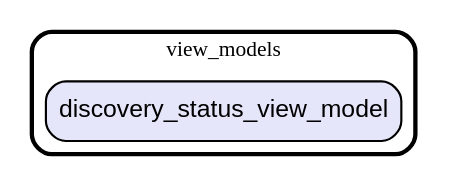
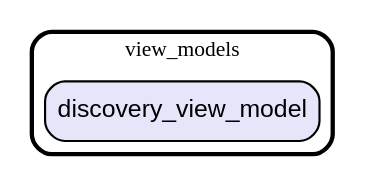
Before and after one commit to gev/reacthome-mobile: the diagram in graph/lib/ui/fragments/discovery/view_models.dot, drawn with Graphviz. The commit also changed 222 other files, not shown here.

```diff
--- a/graph/lib/ui/fragments/discovery/view_models.dot
+++ b/graph/lib/ui/fragments/discovery/view_models.dot
@@ -1,10 +1,10 @@
 digraph "" {
   graph [style=rounded fontname="Arial Black" fontsize=13 penwidth=2.6];
   node [shape=rect style="filled,rounded" fontname=Arial fontsize=15 fillcolor=Lavender penwidth=1.3];
   edge [penwidth=1.3];
-  "/discovery_status_view_model.dart" [label="discovery_status_view_model"];
+  "/discovery_view_model.dart" [label="discovery_view_model"];
   subgraph "cluster~" {
     label="view_models";
-    "/discovery_status_view_model.dart";
+    "/discovery_view_model.dart";
   }
 }
```
